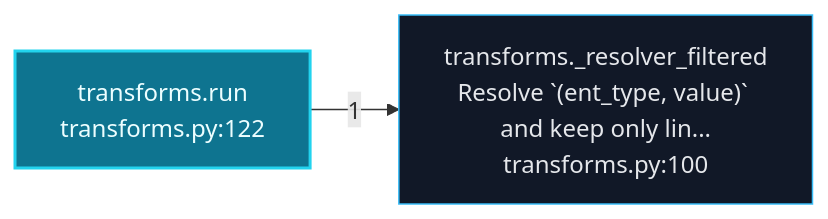
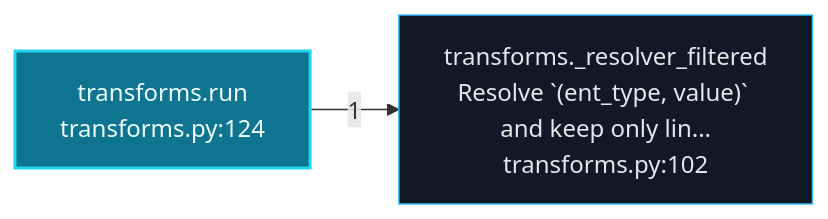
One commit to grisuno/estorides changed the second of 6 diagrams in readmenator-apidocs/architecture.md. Above: the diagram before and after it, drawn with Mermaid. The commit also changed other lines of this file and 39 other files, not shown here.

````diff
--- a/readmenator-apidocs/architecture.md
+++ b/readmenator-apidocs/architecture.md
@@ -84,8 +84,8 @@
 ```mermaid
 flowchart LR
     classDef default fill:#111827,stroke:#38bdf8,color:#e5e7eb;
     classDef entry fill:#0e7490,stroke:#22d3ee,color:#ecfeff,stroke-width:2px;
-    n_estorides_core_transforms_py__run["transforms.run<br/>transforms.py:122"]:::entry
-    n_estorides_core_transforms_py___resolver_filtered["transforms._resolver_filtered<br/>Resolve #96;(ent_type, value)#96; and keep only lin...<br/>transforms.py:100"]:::default
+    n_estorides_core_transforms_py__run["transforms.run<br/>transforms.py:124"]:::entry
+    n_estorides_core_transforms_py___resolver_filtered["transforms._resolver_filtered<br/>Resolve #96;(ent_type, value)#96; and keep only lin...<br/>transforms.py:102"]:::default
     n_estorides_core_transforms_py__run -->|"1"| n_estorides_core_transforms_py___resolver_filtered
 ```
````
